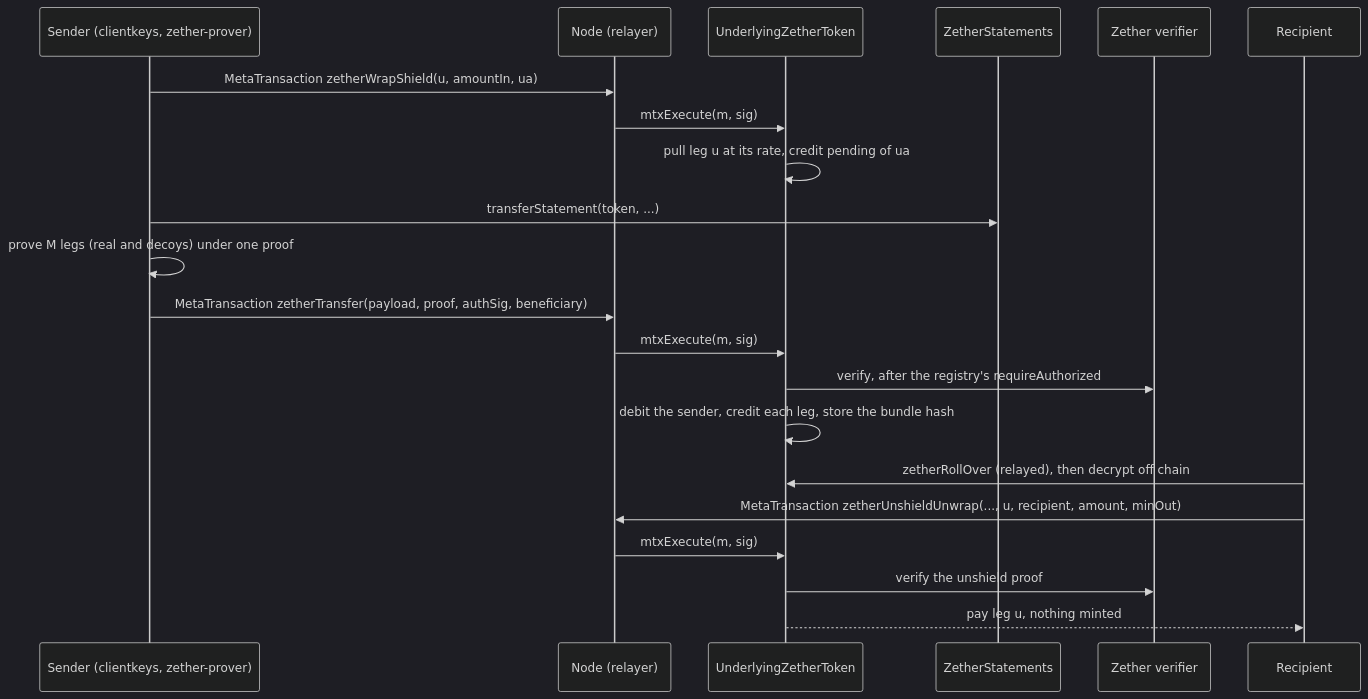
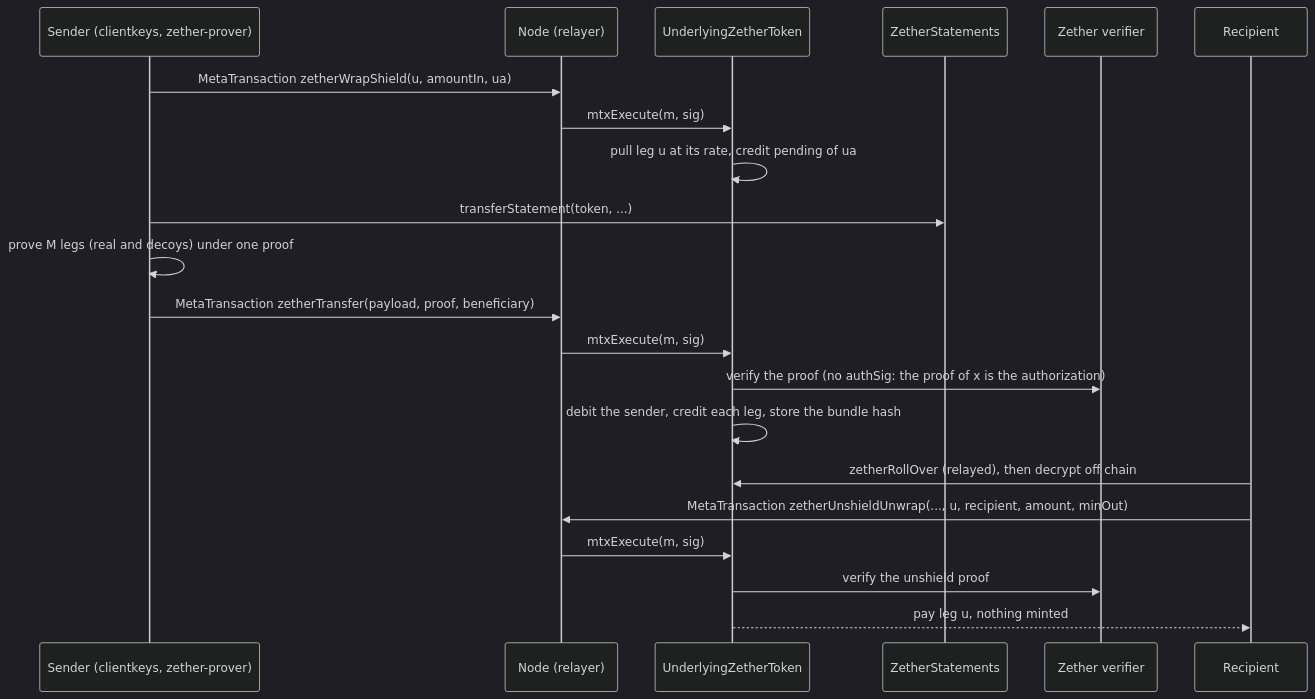
Before and after one commit to dinhduongha/scaas: diagram 11 of 12 in docs/architecture.md, drawn with Mermaid (dark theme). The commit also changed 5 other files, not shown here.

````diff
--- a/docs/architecture.md
+++ b/docs/architecture.md
@@ -747,23 +747,23 @@
 ```mermaid
 sequenceDiagram
     participant SND as Sender (clientkeys, zether-prover)
     participant RLY as Node (relayer)
     participant TOK as UnderlyingZetherToken
     participant STM as ZetherStatements
     participant VER as Zether verifier
     participant RCV as Recipient
     SND->>RLY: MetaTransaction zetherWrapShield(u, amountIn, ua)
     RLY->>TOK: mtxExecute(m, sig)
     TOK->>TOK: pull leg u at its rate, credit pending of ua
     SND->>STM: transferStatement(token, ...)
     SND->>SND: prove M legs (real and decoys) under one proof
-    SND->>RLY: MetaTransaction zetherTransfer(payload, proof, authSig, beneficiary)
+    SND->>RLY: MetaTransaction zetherTransfer(payload, proof, beneficiary)
     RLY->>TOK: mtxExecute(m, sig)
-    TOK->>VER: verify, after the registry's requireAuthorized
+    TOK->>VER: verify the proof (no authSig: the proof of x is the authorization)
     TOK->>TOK: debit the sender, credit each leg, store the bundle hash
     RCV->>TOK: zetherRollOver (relayed), then decrypt off chain
     RCV->>RLY: MetaTransaction zetherUnshieldUnwrap(..., u, recipient, amount, minOut)
     RLY->>TOK: mtxExecute(m, sig)
     TOK->>VER: verify the unshield proof
     TOK-->>RCV: pay leg u, nothing minted
 ```
````
